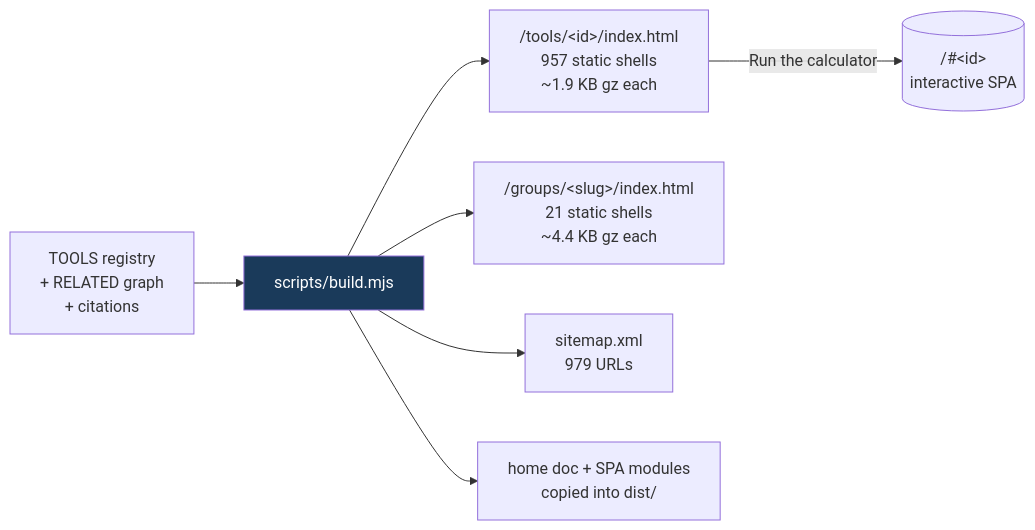
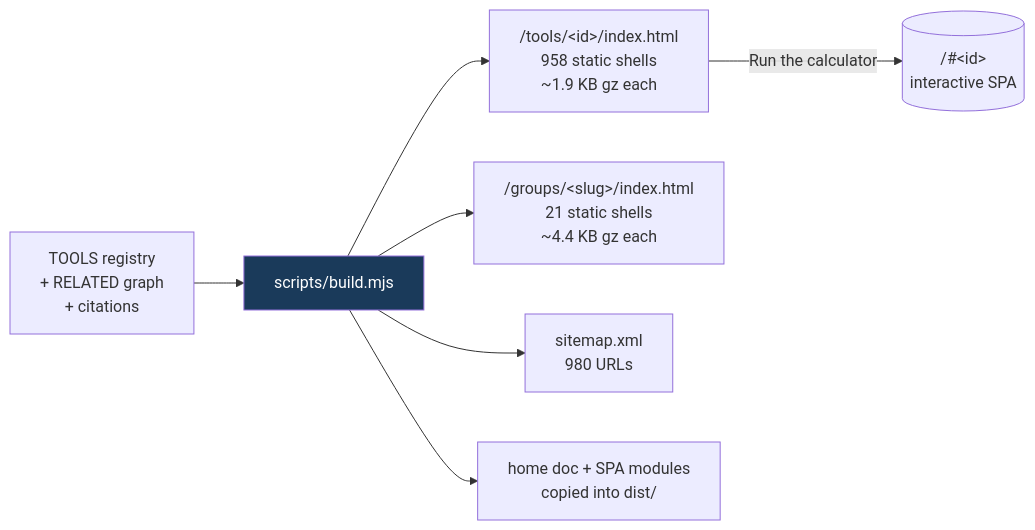
Before and after one commit to clay-good/roughlogic.com: the fifth of 8 diagrams in README.md, drawn with Mermaid. The commit also changed other lines of this file and 12 other files, not shown here.

````diff
--- a/README.md
+++ b/README.md
@@ -495,10 +495,10 @@
 ```mermaid
 flowchart LR
     SRC[TOOLS registry\n+ RELATED graph\n+ citations] --> BUILD[scripts/build.mjs]
-    BUILD --> TILE["/tools/&lt;id&gt;/index.html\n957 static shells\n~1.9 KB gz each"]
+    BUILD --> TILE["/tools/&lt;id&gt;/index.html\n958 static shells\n~1.9 KB gz each"]
     BUILD --> GROUP["/groups/&lt;slug&gt;/index.html\n21 static shells\n~4.4 KB gz each"]
-    BUILD --> MAP["sitemap.xml\n979 URLs"]
+    BUILD --> MAP["sitemap.xml\n980 URLs"]
     BUILD --> COPY[home doc + SPA modules\ncopied into dist/]
     TILE -->|Run the calculator| SPA[("/#&lt;id&gt;\ninteractive SPA")]
     style BUILD fill:#1a3a5a,color:#fff
 ```
````
